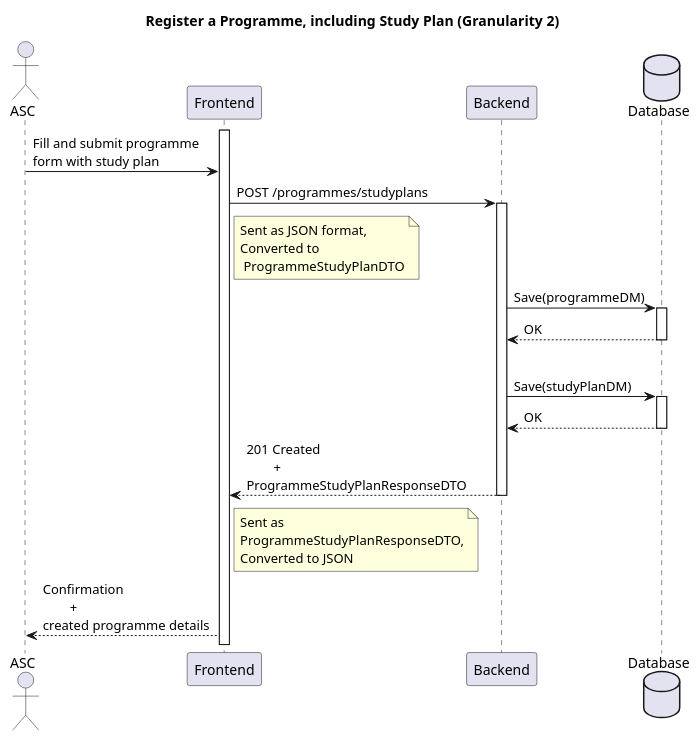
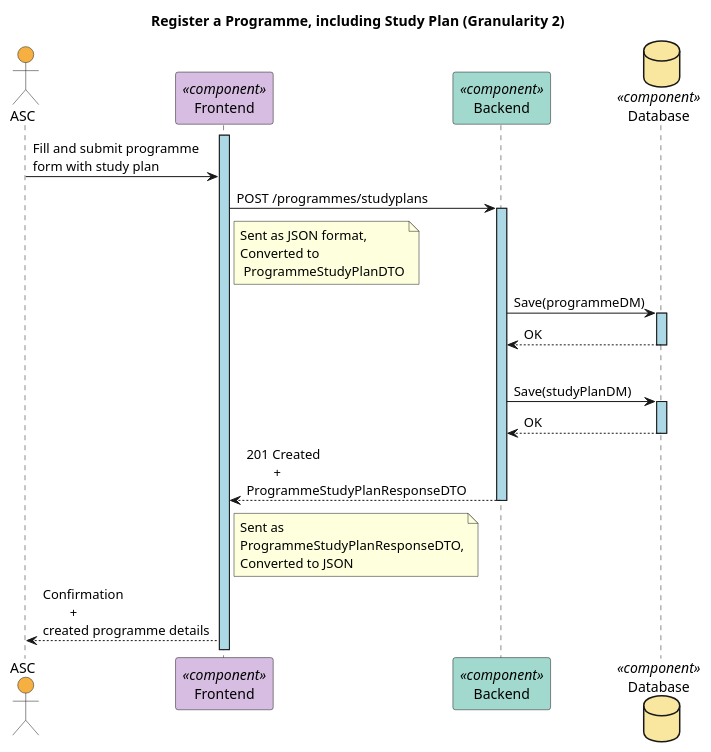
One commit to GasparISEP/DevOps-PAI changed the diagram in docs/US27/Sprint6/ProcessView/Level2.puml. Above: the diagram before and after it, drawn with PlantUML.

Commit message:
Updated level 2 process view diagram for register programme, including study plan, adding colors and the correct labels. (Ref #527)

```diff
--- a/docs/US27/Sprint6/ProcessView/Level2.puml
+++ b/docs/US27/Sprint6/ProcessView/Level2.puml
@@ -1,40 +1,40 @@
 @startuml
 title Register a Programme, including Study Plan (Granularity 2)
+skinparam sequenceLifeLineBackgroundColor lightblue
 
-
-actor ASC
-participant Frontend
-participant Backend
-database Database
+actor ASC #F5B041
+participant Frontend <<component>> #D7BDE2
+participant Backend <<component>> #A2D9CE
+database Database <<component>> #F9E79F
 
 activate Frontend
 ASC -> Frontend: Fill and submit programme \nform with study plan
 
 Frontend -> Backend: POST /programmes/studyplans
 activate Backend
 note right Frontend
   Sent as JSON format,
   Converted to
    ProgrammeStudyPlanDTO
 end note
 
 Backend -> Database: Save(programmeDM)
 activate Database
 Database --> Backend: OK
 deactivate Database
 |||
 Backend -> Database: Save(studyPlanDM)
 activate Database
 Database --> Backend: OK
 deactivate Database
 
 Backend --> Frontend: 201 Created \n\t+ \nProgrammeStudyPlanResponseDTO\t
 deactivate Backend
 note right Frontend
   Sent as
   ProgrammeStudyPlanResponseDTO,
   Converted to JSON
 end note
 
 Frontend --> ASC: Confirmation \n\t+ \ncreated programme details
 @enduml
```
